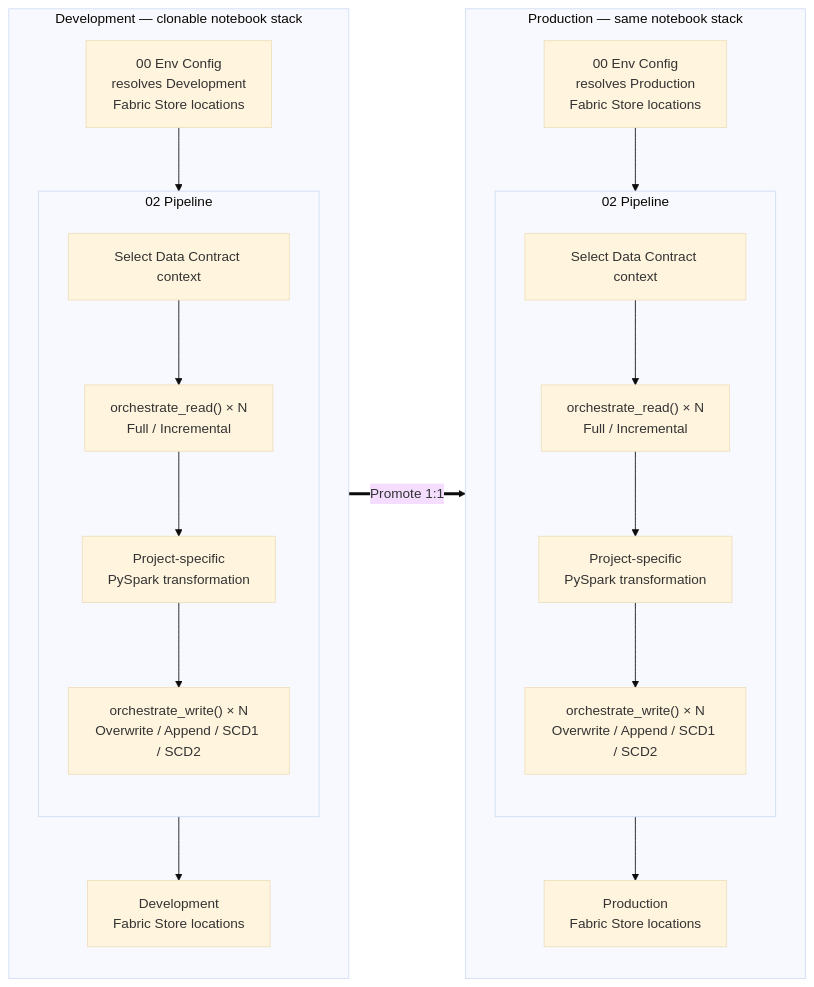
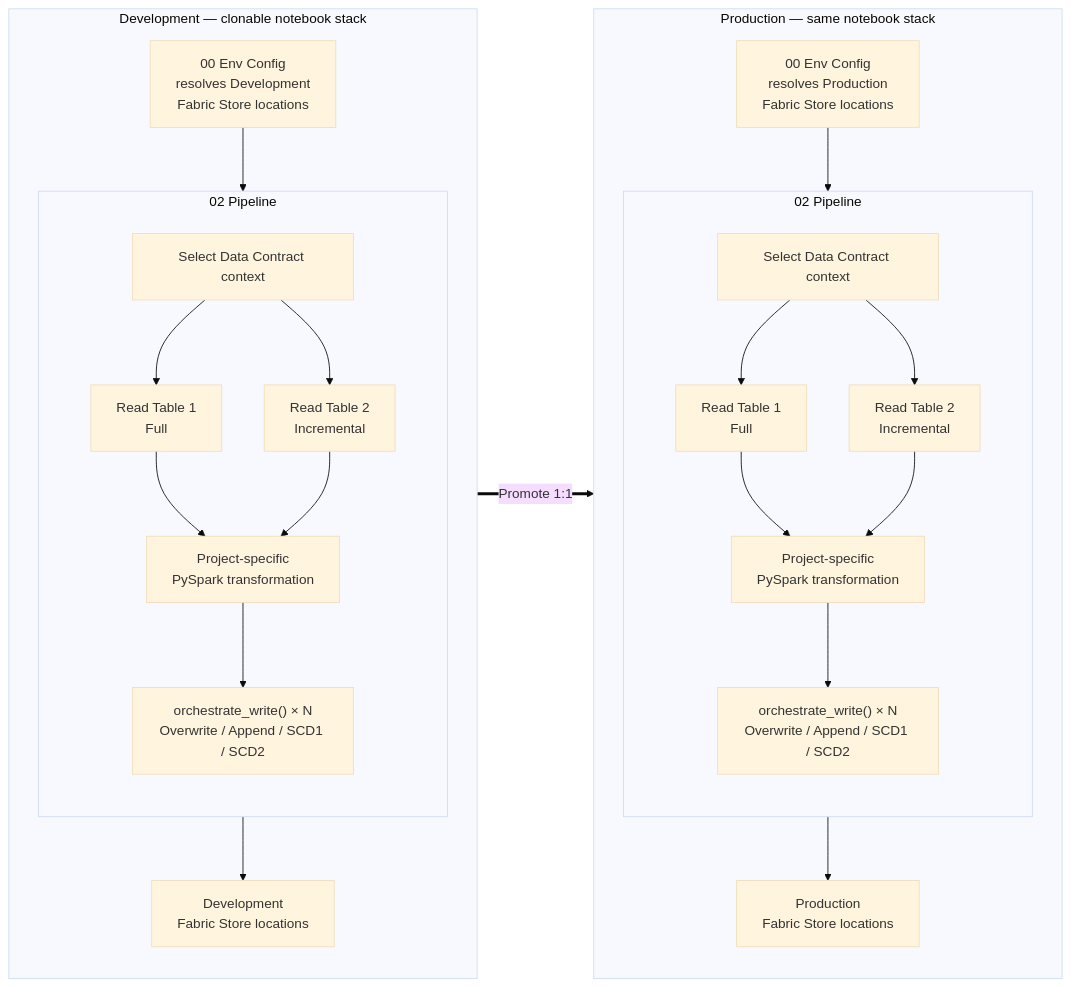
The first of 2 diagrams in docs/solutions/plug-and-play-data-pipelines.md (Voycepeh/FabricOps-Starter-Kit), drawn with Mermaid (base theme) before and after one commit.

Commit message:
docs: clarify full and incremental pipeline reads

````diff
--- a/docs/solutions/plug-and-play-data-pipelines.md
+++ b/docs/solutions/plug-and-play-data-pipelines.md
@@ -26,34 +26,40 @@
 ```mermaid
 flowchart LR
     subgraph DEV["Development — clonable notebook stack"]
         direction TB
         DEV_ENV["00 Env Config<br/>resolves Development<br/>Fabric Store locations"]
         subgraph DEV_PIPE["02 Pipeline"]
             direction TB
             DEV_CONTRACT["Select Data Contract context"]
-            DEV_READ["orchestrate_read() × N<br/>Full / Incremental"]
+            DEV_READ_FULL["Read Table 1<br/>Full"]
+            DEV_READ_INC["Read Table 2<br/>Incremental"]
             DEV_TRANSFORM["Project-specific<br/>PySpark transformation"]
             DEV_WRITE["orchestrate_write() × N<br/>Overwrite / Append / SCD1 / SCD2"]
-            DEV_CONTRACT --> DEV_READ --> DEV_TRANSFORM --> DEV_WRITE
+            DEV_CONTRACT --> DEV_READ_FULL --> DEV_TRANSFORM
+            DEV_CONTRACT --> DEV_READ_INC --> DEV_TRANSFORM
+            DEV_TRANSFORM --> DEV_WRITE
         end
         DEV_ENV --> DEV_PIPE
         DEV_PIPE --> DEV_RES["Development<br/>Fabric Store locations"]
     end
 
     subgraph PROD["Production — same notebook stack"]
         direction TB
         PROD_ENV["00 Env Config<br/>resolves Production<br/>Fabric Store locations"]
         subgraph PROD_PIPE["02 Pipeline"]
             direction TB
             PROD_CONTRACT["Select Data Contract context"]
-            PROD_READ["orchestrate_read() × N<br/>Full / Incremental"]
+            PROD_READ_FULL["Read Table 1<br/>Full"]
+            PROD_READ_INC["Read Table 2<br/>Incremental"]
             PROD_TRANSFORM["Project-specific<br/>PySpark transformation"]
             PROD_WRITE["orchestrate_write() × N<br/>Overwrite / Append / SCD1 / SCD2"]
-            PROD_CONTRACT --> PROD_READ --> PROD_TRANSFORM --> PROD_WRITE
+            PROD_CONTRACT --> PROD_READ_FULL --> PROD_TRANSFORM
+            PROD_CONTRACT --> PROD_READ_INC --> PROD_TRANSFORM
+            PROD_TRANSFORM --> PROD_WRITE
         end
         PROD_ENV --> PROD_PIPE
         PROD_PIPE --> PROD_RES["Production<br/>Fabric Store locations"]
     end
 
     DEV ==>|"Promote 1:1"| PROD
 ```
````
